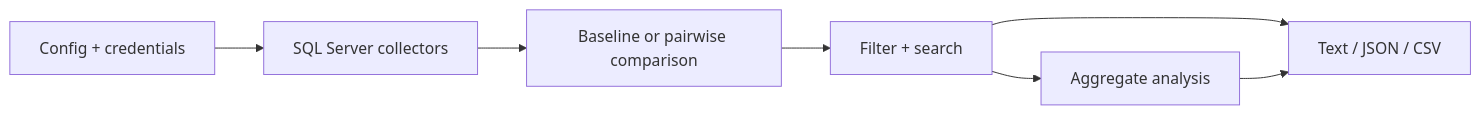
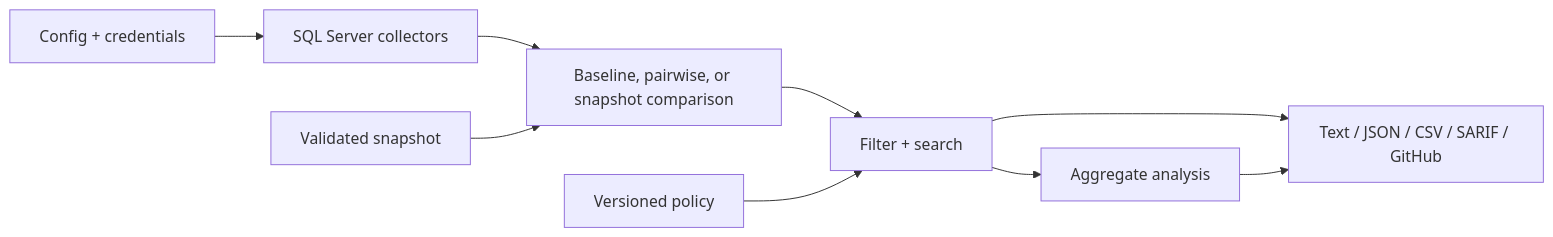
The diagram in docs/architecture/README.md (MarcosAlves90/driftwatch), drawn with Mermaid before and after one commit. The commit also changed other lines of this file and 18 other files, not shown here.

````diff
--- a/docs/architecture/README.md
+++ b/docs/architecture/README.md
@@ -20,9 +22,11 @@
 ```mermaid
 flowchart LR
   Config["Config + credentials"] --> Collect["SQL Server collectors"]
-  Collect --> Compare["Baseline or pairwise comparison"]
+  Collect --> Compare["Baseline, pairwise, or snapshot comparison"]
+  Snapshot["Validated snapshot"] --> Compare
   Compare --> Select["Filter + search"]
+  Policy["Versioned policy"] --> Select
   Select --> Analyze["Aggregate analysis"]
-  Select --> Render["Text / JSON / CSV"]
+  Select --> Render["Text / JSON / CSV / SARIF / GitHub"]
   Analyze --> Render
 ```
````
